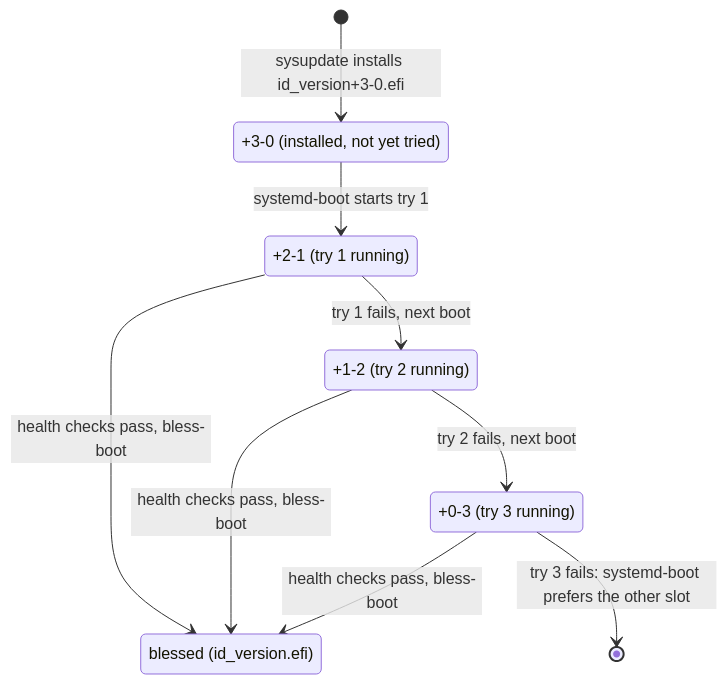
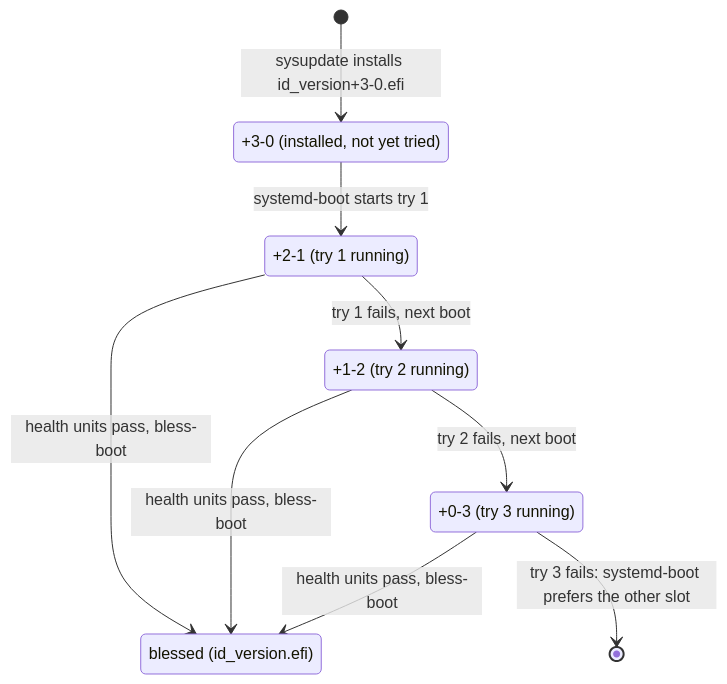
The second of 2 diagrams in docs/design/boot.md (slophaer/golconda), drawn with Mermaid before and after one commit. The commit also changed other lines of this file and 13 other files, not shown here.

````diff
--- a/docs/design/boot.md
+++ b/docs/design/boot.md
@@ -55,16 +55,16 @@
 ```mermaid
 stateDiagram-v2
   [*] --> t3: sysupdate installs id_version+3-0.efi
   t3: +3-0 (installed, not yet tried)
   t2: +2-1 (try 1 running)
   t1: +1-2 (try 2 running)
   t0: +0-3 (try 3 running)
   good: blessed (id_version.efi)
   t3 --> t2: systemd-boot starts try 1
   t2 --> t1: try 1 fails, next boot
   t1 --> t0: try 2 fails, next boot
-  t2 --> good: health checks pass, bless-boot
-  t1 --> good: health checks pass, bless-boot
-  t0 --> good: health checks pass, bless-boot
+  t2 --> good: health units pass, bless-boot
+  t1 --> good: health units pass, bless-boot
+  t0 --> good: health units pass, bless-boot
   t0 --> [*]: try 3 fails: systemd-boot prefers the other slot
 ```
````
